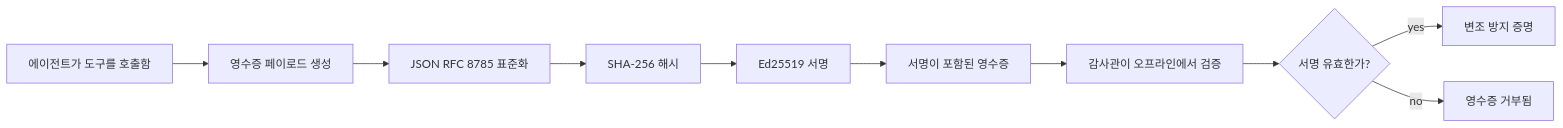
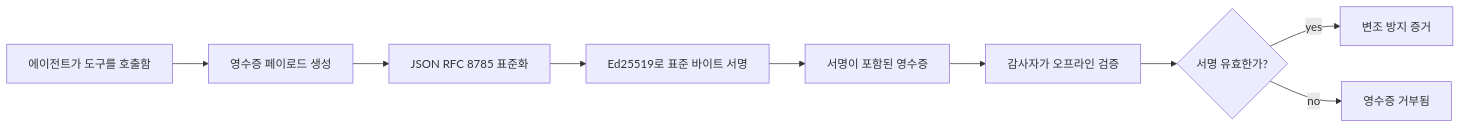
One commit to gabrielmoreira/agent-skills-mirror changed the first of 2 diagrams in mirrors/repos/microsoft@ai-agents-for-beginners/translations/ko/18-securing-ai-agents/README.md. Above: the diagram before and after it, drawn with Mermaid. The commit also changed other lines of this file and 4262 other files, not shown here.

````diff
--- a/mirrors/repos/microsoft@ai-agents-for-beginners/translations/ko/18-securing-ai-agents/README.md
+++ b/mirrors/repos/microsoft@ai-agents-for-beginners/translations/ko/18-securing-ai-agents/README.md
@@ -51,12 +51,11 @@
 ```mermaid
 flowchart LR
     A[에이전트가 도구를 호출함] --> B[영수증 페이로드 생성]
     B --> C[JSON RFC 8785 표준화]
-    C --> D[SHA-256 해시]
-    D --> E[Ed25519 서명]
+    C --> E[Ed25519로 표준 바이트 서명]
     E --> F[서명이 포함된 영수증]
-    F --> G[감사관이 오프라인에서 검증]
+    F --> G[감사자가 오프라인 검증]
     G --> H{서명 유효한가?}
-    H -- yes --> I[변조 방지 증명]
+    H -- yes --> I[변조 방지 증거]
     H -- no --> J[영수증 거부됨]
 ```
````
